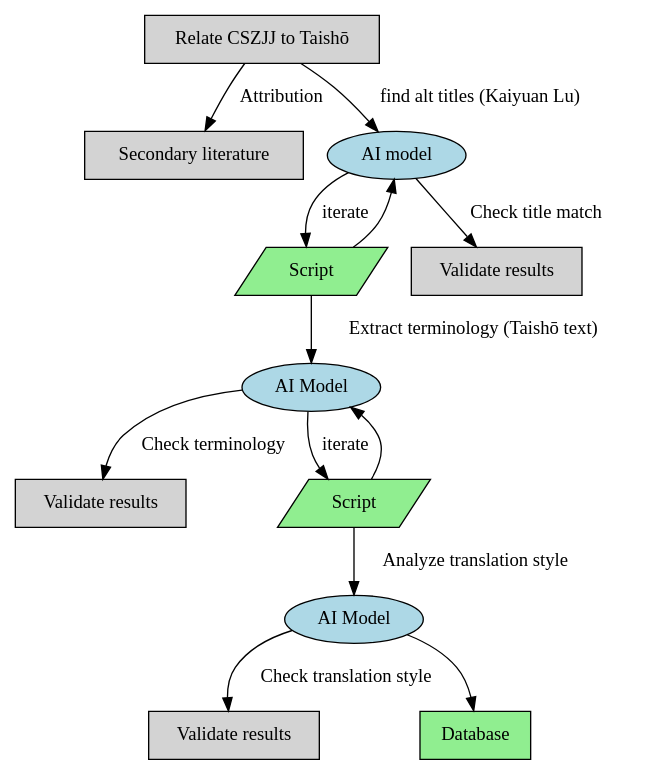
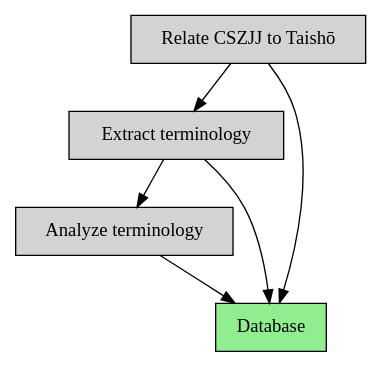
The diagram in drawings/big_picture.dot (Silk-Road-Corpus/silk_road_corpus), drawn with Graphviz before and after one commit. The commit also changed 1 other file, not shown here.

```diff
--- a/drawings/big_picture.dot
+++ b/drawings/big_picture.dot
@@ -1,27 +1,13 @@
 digraph D {
 
   Relate [shape=box, fillcolor=lightgrey, style=filled, label="Relate CSZJJ to Taishō"]
-  Literature [shape=box, fillcolor=lightgrey, style=filled, label="Secondary literature"]
-  Gemini [fillcolor=lightblue, style=filled, label="AI model"]
-  Script [shape=parallelogram, fillcolor=lightgreen, style=filled, label="Script"]
-  Validation [shape=box, fillcolor=lightgrey, style=filled, label="Validate results"]
-  Gemini2 [fillcolor=lightblue, style=filled, label="AI Model"]
-  Validation2 [shape=box, fillcolor=lightgrey, style=filled, label="Validate results"]
-  Script2 [shape=parallelogram, fillcolor=lightgreen, style=filled, label="Script"]
-  Gemini3 [fillcolor=lightblue, style=filled, label="AI Model"]
-  Validation3 [shape=box, fillcolor=lightgrey, style=filled, label="Validate results"]
+  Extract [shape=box, fillcolor=lightgrey, style=filled, label="Extract terminology"]
+  Analyze [shape=box, fillcolor=lightgrey, style=filled, label="Analyze terminology"]
   Database [shape=box, fillcolor=lightgreen, style=filled, label="Database"]
 
-  Relate -> Gemini [label="find alt titles (Kaiyuan Lu)"]
-  Relate -> Literature [label="Attribution"]
-  Gemini -> Validation [label="Check title match"]
-  Gemini -> Script [label="iterate"]
-  Script -> Gemini
-  Script -> Gemini2 [label=" Extract terminology (Taishō text)"]
-  Gemini2 -> Validation2 [label="Check terminology"]
-  Gemini2 -> Script2 [label="iterate"]
-  Script2 -> Gemini2
-  Script2 -> Gemini3 [label=" Analyze translation style"]
-  Gemini3 -> Validation3 [label="Check translation style"]
-  Gemini3 -> Database
+  Relate -> Extract
+  Extract -> Analyze
+  Relate -> Database
+  Extract -> Database
+  Analyze -> Database
 }
```
